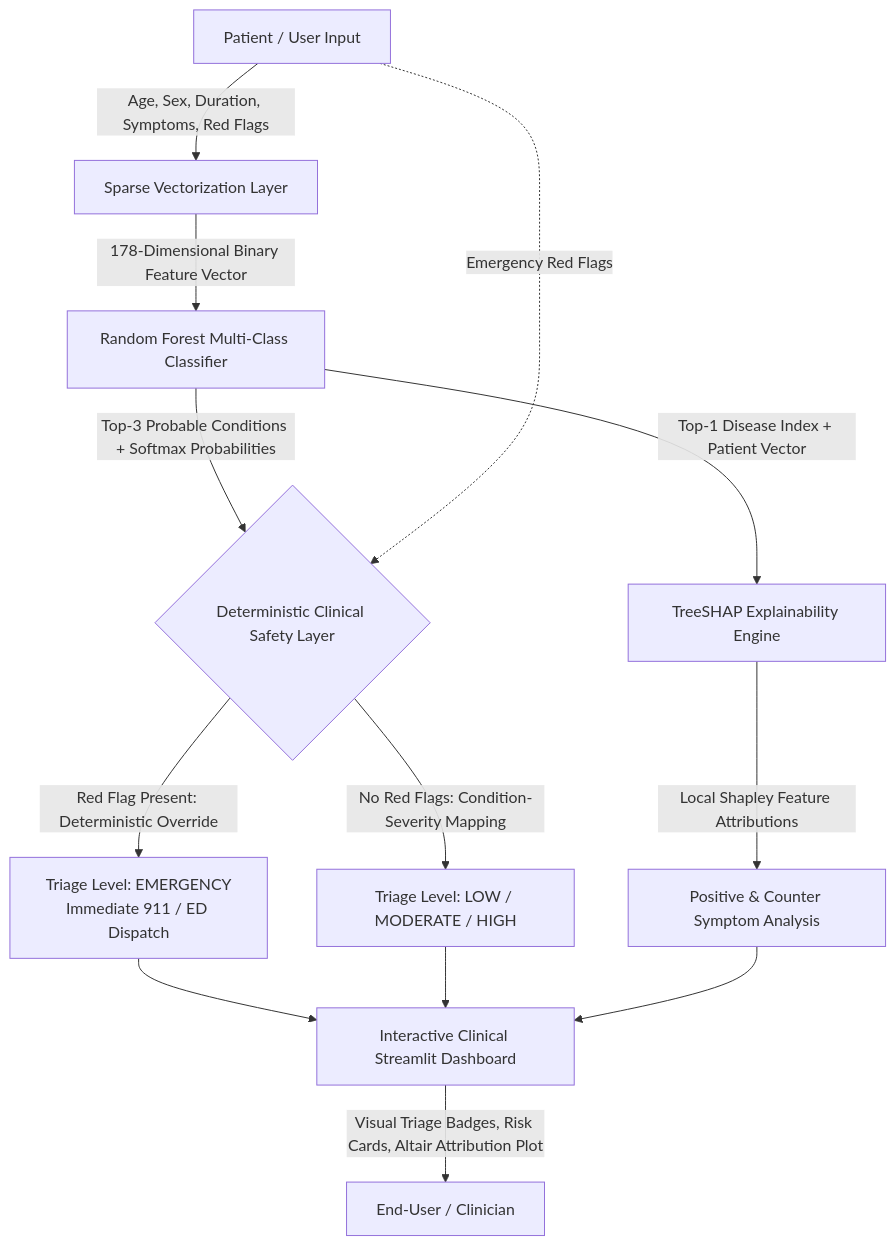
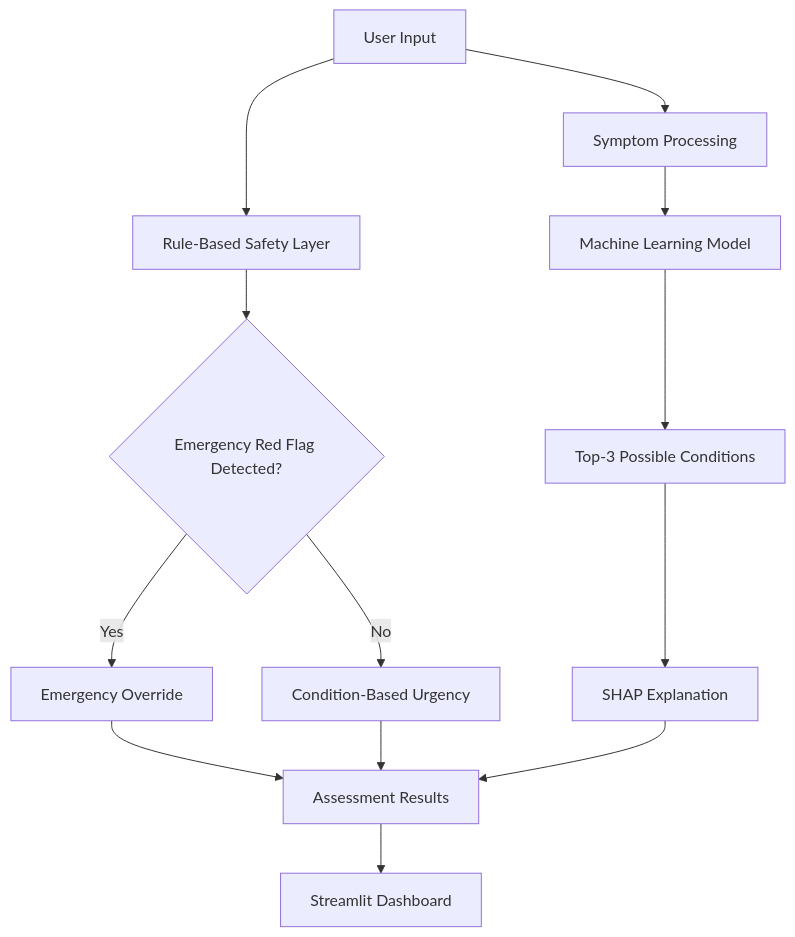
Before and after one commit to niranjanhm21/SmartHealthTriage: the diagram in README.md, drawn with Mermaid. The commit also changed other lines of this file, not shown here.

````diff
--- a/README.md
+++ b/README.md
@@ -29,18 +47,15 @@
 ```mermaid
 flowchart TD
-    A[Patient / User Input] -->|Age, Sex, Duration, Symptoms, Red Flags| B[Sparse Vectorization Layer]
-    B -->|178-Dimensional Binary Feature Vector| C[Random Forest Multi-Class Classifier]
-    C -->|Top-3 Probable Conditions + Softmax Probabilities| D{Deterministic Clinical Safety Layer}
-    A -.->|Emergency Red Flags| D
-    
-    D -->|Red Flag Present: Deterministic Override| E[Triage Level: EMERGENCY<br/>Immediate 911 / ED Dispatch]
-    D -->|No Red Flags: Condition-Severity Mapping| F[Triage Level: LOW / MODERATE / HIGH]
-    
-    C -->|Top-1 Disease Index + Patient Vector| G[TreeSHAP Explainability Engine]
-    G -->|Local Shapley Feature Attributions| H[Positive & Counter Symptom Analysis]
-    
-    E --> I[Interactive Clinical Streamlit Dashboard]
-    F --> I
-    H --> I
-    I -->|Visual Triage Badges, Risk Cards, Altair Attribution Plot| J[End-User / Clinician]
+    A[User Input] --> B[Symptom Processing]
+    B --> C[Machine Learning Model]
+    C --> D[Top-3 Possible Conditions]
+    A --> E[Rule-Based Safety Layer]
+    E --> F{Emergency Red Flag Detected?}
+    F -->|Yes| G[Emergency Override]
+    F -->|No| H[Condition-Based Urgency]
+    D --> I[SHAP Explanation]
+    G --> J[Assessment Results]
+    H --> J
+    I --> J
+    J --> K[Streamlit Dashboard]
 ```
````
